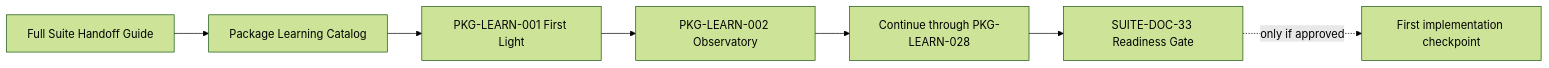
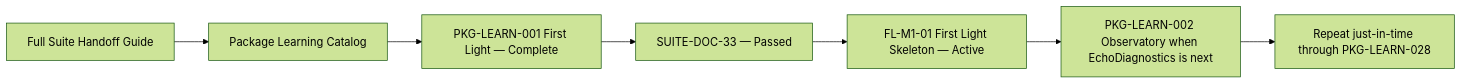
The fifth of 5 diagrams in Plan Documentation/Suite_Graph_Roadmap.md (echodevgames/The-Sperk-Forge), drawn with Mermaid (forest theme) before and after one commit. The commit also changed other lines of this file and 26 other files, not shown here.

Commit message:
The Initial Implementation Readiness Gate

````diff
--- a/Plan Documentation/Suite_Graph_Roadmap.md
+++ b/Plan Documentation/Suite_Graph_Roadmap.md
@@ -265,9 +273,9 @@
 ```mermaid
 flowchart LR
     H[Full Suite Handoff Guide] --> C[Package Learning Catalog]
-    C --> R1[PKG-LEARN-001 First Light]
-    R1 --> R2[PKG-LEARN-002 Observatory]
-    R2 --> D[Continue through PKG-LEARN-028]
-    D --> G[SUITE-DOC-33 Readiness Gate]
-    G -. only if approved .-> I[First implementation checkpoint]
+    C --> R1[PKG-LEARN-001 First Light — Complete]
+    R1 --> G[SUITE-DOC-33 — Passed]
+    G --> I[FL-M1-01 First Light Skeleton — Active]
+    I --> R2[PKG-LEARN-002 Observatory when EchoDiagnostics is next]
+    R2 --> D[Repeat just-in-time through PKG-LEARN-028]
 ```
````
